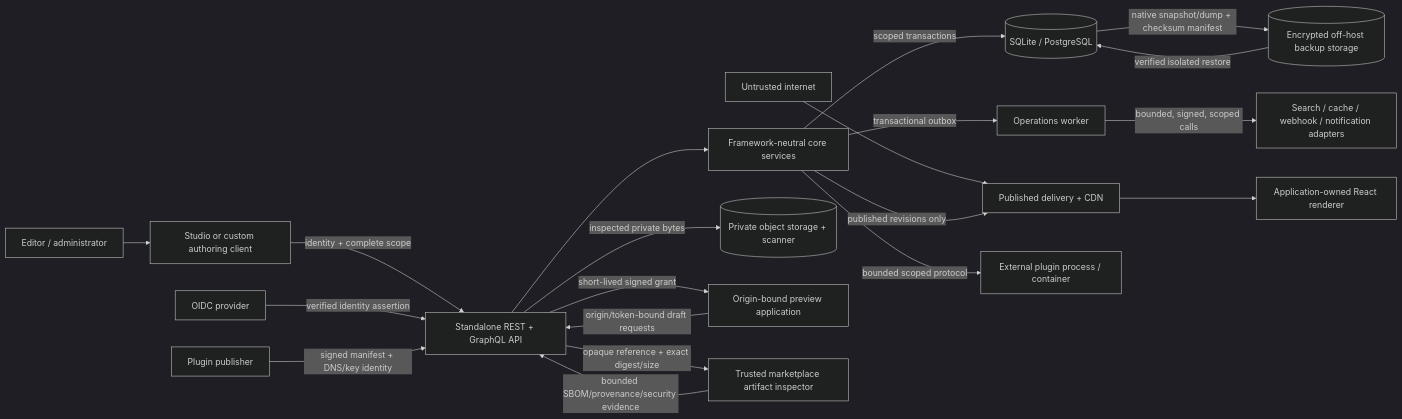
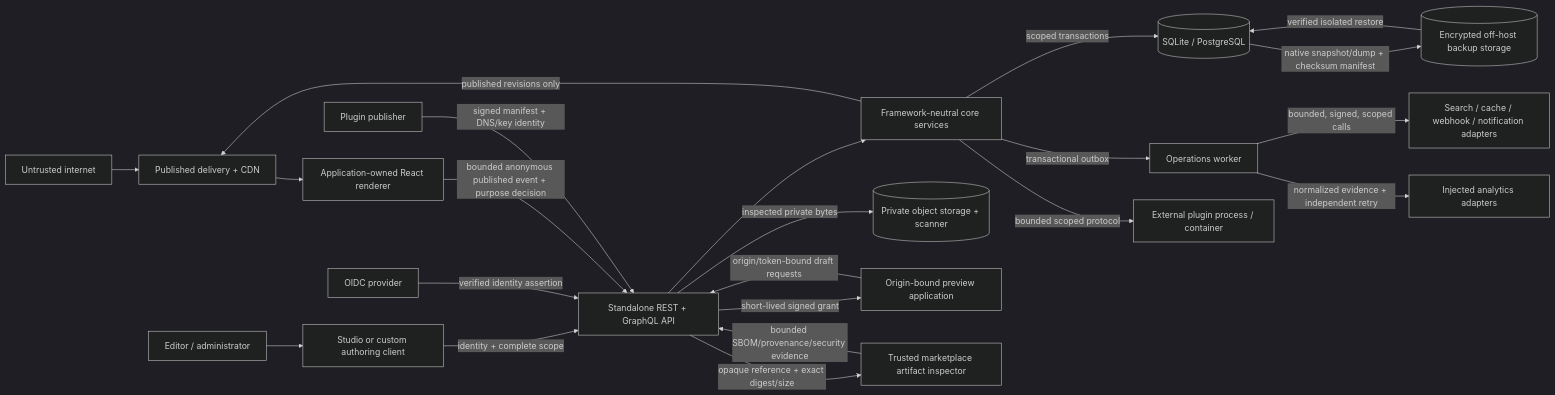
Before and after one commit to Seance1723/GridStory: the diagram in docs/security/threat-model.md, drawn with Mermaid (dark theme). The commit also changed other lines of this file and 39 other files, not shown here.

Commit message:
feat: add bounded content analytics

````diff
--- a/docs/security/threat-model.md
+++ b/docs/security/threat-model.md
@@ -9,40 +9,43 @@
 ```mermaid
 flowchart LR
   internet["Untrusted internet"]
   editor["Editor / administrator"]
   studio["Studio or custom authoring client"]
   api["Standalone REST + GraphQL API"]
   core["Framework-neutral core services"]
   db[("SQLite / PostgreSQL")]
   worker["Operations worker"]
   adapters["Search / cache / webhook / notification adapters"]
+  analytics["Injected analytics adapters"]
   object[("Private object storage + scanner")]
   preview["Origin-bound preview application"]
   delivery["Published delivery + CDN"]
   app["Application-owned React renderer"]
   idp["OIDC provider"]
   publisher["Plugin publisher"]
   scanner["Trusted marketplace artifact inspector"]
   plugin["External plugin process / container"]
   backup[("Encrypted off-host backup storage")]
 
   editor --> studio
   internet --> delivery
   studio -->|"identity + complete scope"| api
   idp -->|"verified identity assertion"| api
   api --> core
   core -->|"scoped transactions"| db
   core -->|"transactional outbox"| worker
   worker -->|"bounded, signed, scoped calls"| adapters
   api -->|"inspected private bytes"| object
   api -->|"short-lived signed grant"| preview
   preview -->|"origin/token-bound draft requests"| api
   core -->|"published revisions only"| delivery
   delivery --> app
+  app -->|"bounded anonymous published event + purpose decision"| api
+  worker -->|"normalized evidence + independent retry"| analytics
   publisher -->|"signed manifest + DNS/key identity"| api
   api -->|"opaque reference + exact digest/size"| scanner
   scanner -->|"bounded SBOM/provenance/security evidence"| api
   core -->|"bounded scoped protocol"| plugin
   db -->|"native snapshot/dump + checksum manifest"| backup
   backup -->|"verified isolated restore"| db
 ```
````
